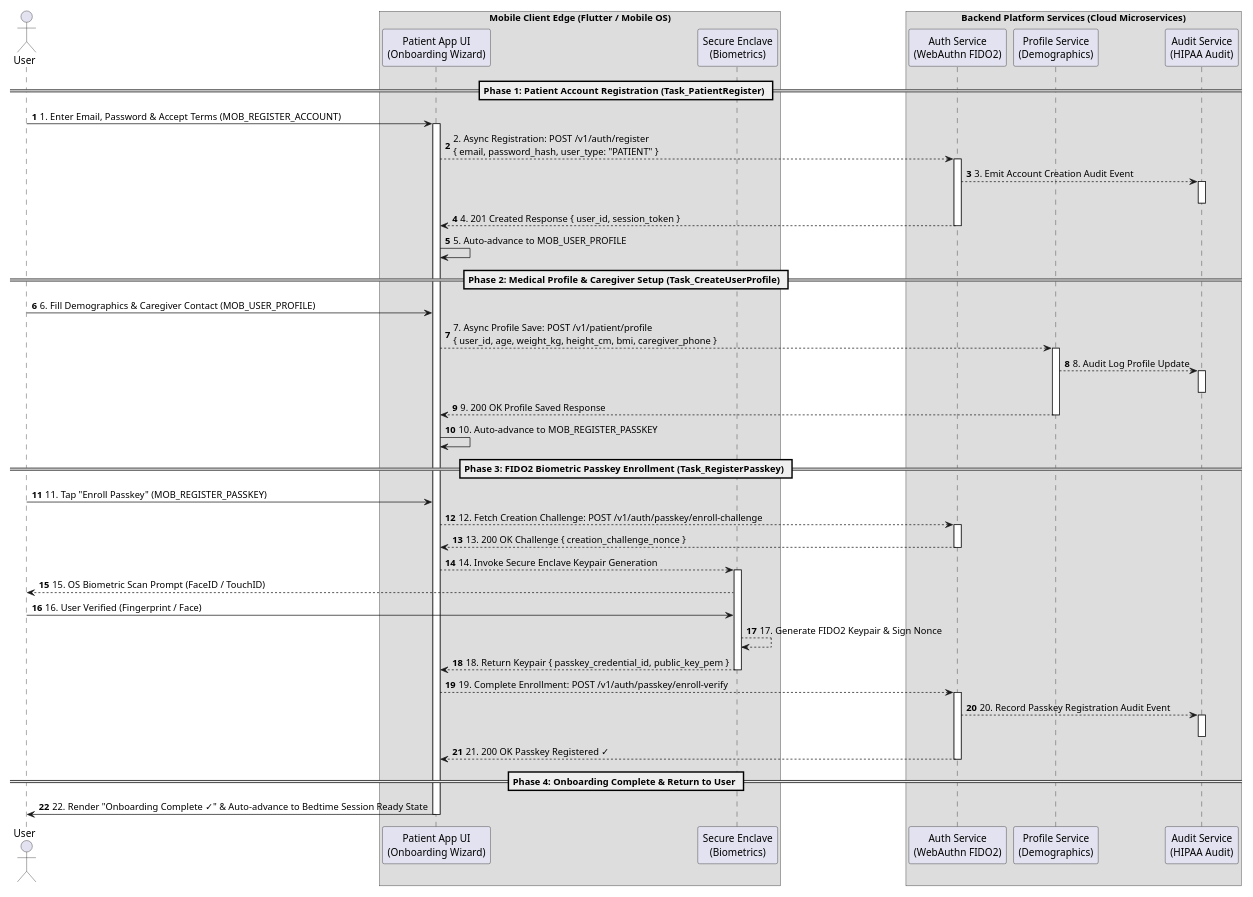
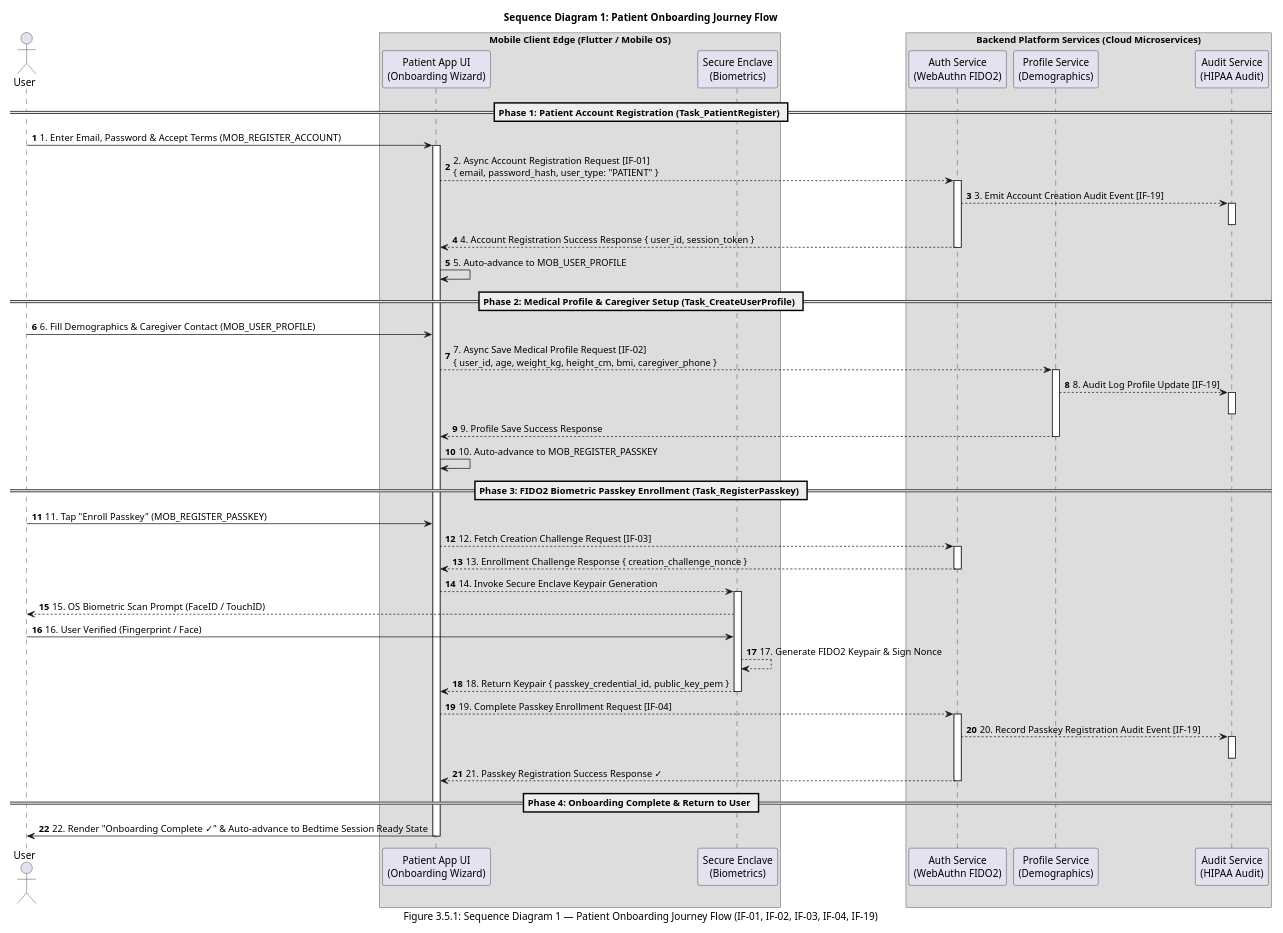
The sixth of 15 diagrams in _bmad-output/architecture/ARCHITECTURE-SPINE.md (reidlai/masker-app), drawn with PlantUML before and after one commit. The commit also changed other lines of this file and 5 other files, not shown here.

First line of the commit message:
feat(arch): update enterprise architecture spine v18.0.0 and prd v2.1.0

````diff
--- a/_bmad-output/architecture/ARCHITECTURE-SPINE.md
+++ b/_bmad-output/architecture/ARCHITECTURE-SPINE.md
@@ -657,67 +722,69 @@
 ```plantuml
 @startuml Patient_Onboarding_Journey_Sequence_Diagram
+title Sequence Diagram 1: Patient Onboarding Journey Flow
+caption Figure 3.5.1: Sequence Diagram 1 — Patient Onboarding Journey Flow (IF-01, IF-02, IF-03, IF-04, IF-19)
 autonumber
 scale 0.7
 
 actor "User" as User
 box "Mobile Client Edge (Flutter / Mobile OS)"
 participant "Patient App UI\n(Onboarding Wizard)" as UI
 participant "Secure Enclave\n(Biometrics)" as Enclave
 end box
 
 box "Backend Platform Services (Cloud Microservices)"
 participant "Auth Service\n(WebAuthn FIDO2)" as AuthSvc
 participant "Profile Service\n(Demographics)" as ProfileSvc
 participant "Audit Service\n(HIPAA Audit)" as AuditSvc
 end box
 
 == Phase 1: Patient Account Registration (Task_PatientRegister) ==
 User -> UI: 1. Enter Email, Password & Accept Terms (MOB_REGISTER_ACCOUNT)
 activate UI
-UI --> AuthSvc: 2. Async Registration: POST /v1/auth/register\n{ email, password_hash, user_type: "PATIENT" }
+UI --> AuthSvc: 2. Async Account Registration Request [IF-01]\n{ email, password_hash, user_type: "PATIENT" }
 activate AuthSvc
-AuthSvc --> AuditSvc: 3. Emit Account Creation Audit Event
+AuthSvc --> AuditSvc: 3. Emit Account Creation Audit Event [IF-19]
 activate AuditSvc
 deactivate AuditSvc
-AuthSvc --> UI: 4. 201 Created Response { user_id, session_token }
+AuthSvc --> UI: 4. Account Registration Success Response { user_id, session_token }
 deactivate AuthSvc
 UI -> UI: 5. Auto-advance to MOB_USER_PROFILE
 
 == Phase 2: Medical Profile & Caregiver Setup (Task_CreateUserProfile) ==
 User -> UI: 6. Fill Demographics & Caregiver Contact (MOB_USER_PROFILE)
-UI --> ProfileSvc: 7. Async Profile Save: POST /v1/patient/profile\n{ user_id, age, weight_kg, height_cm, bmi, caregiver_phone }
+UI --> ProfileSvc: 7. Async Save Medical Profile Request [IF-02]\n{ user_id, age, weight_kg, height_cm, bmi, caregiver_phone }
 activate ProfileSvc
-ProfileSvc --> AuditSvc: 8. Audit Log Profile Update
+ProfileSvc --> AuditSvc: 8. Audit Log Profile Update [IF-19]
 activate AuditSvc
 deactivate AuditSvc
-ProfileSvc --> UI: 9. 200 OK Profile Saved Response
+ProfileSvc --> UI: 9. Profile Save Success Response
 deactivate ProfileSvc
 UI -> UI: 10. Auto-advance to MOB_REGISTER_PASSKEY
 
 == Phase 3: FIDO2 Biometric Passkey Enrollment (Task_RegisterPasskey) ==
 User -> UI: 11. Tap "Enroll Passkey" (MOB_REGISTER_PASSKEY)
-UI --> AuthSvc: 12. Fetch Creation Challenge: POST /v1/auth/passkey/enroll-challenge
+UI --> AuthSvc: 12. Fetch Creation Challenge Request [IF-03]
 activate AuthSvc
-AuthSvc --> UI: 13. 200 OK Challenge { creation_challenge_nonce }
+AuthSvc --> UI: 13. Enrollment Challenge Response { creation_challenge_nonce }
 deactivate AuthSvc
 UI --> Enclave: 14. Invoke Secure Enclave Keypair Generation
 activate Enclave
 Enclave --> User: 15. OS Biometric Scan Prompt (FaceID / TouchID)
 User -> Enclave: 16. User Verified (Fingerprint / Face)
 Enclave --> Enclave: 17. Generate FIDO2 Keypair & Sign Nonce
 Enclave --> UI: 18. Return Keypair { passkey_credential_id, public_key_pem }
 deactivate Enclave
-UI --> AuthSvc: 19. Complete Enrollment: POST /v1/auth/passkey/enroll-verify
+UI --> AuthSvc: 19. Complete Passkey Enrollment Request [IF-04]
 activate AuthSvc
-AuthSvc --> AuditSvc: 20. Record Passkey Registration Audit Event
+AuthSvc --> AuditSvc: 20. Record Passkey Registration Audit Event [IF-19]
 activate AuditSvc
 deactivate AuditSvc
-AuthSvc --> UI: 21. 200 OK Passkey Registered ✓
+AuthSvc --> UI: 21. Passkey Registration Success Response ✓
 deactivate AuthSvc
 
 == Phase 4: Onboarding Complete & Return to User ==
 UI -> User: 22. Render "Onboarding Complete ✓" & Auto-advance to Bedtime Session Ready State
 deactivate UI
 
 @enduml
 ```
````
